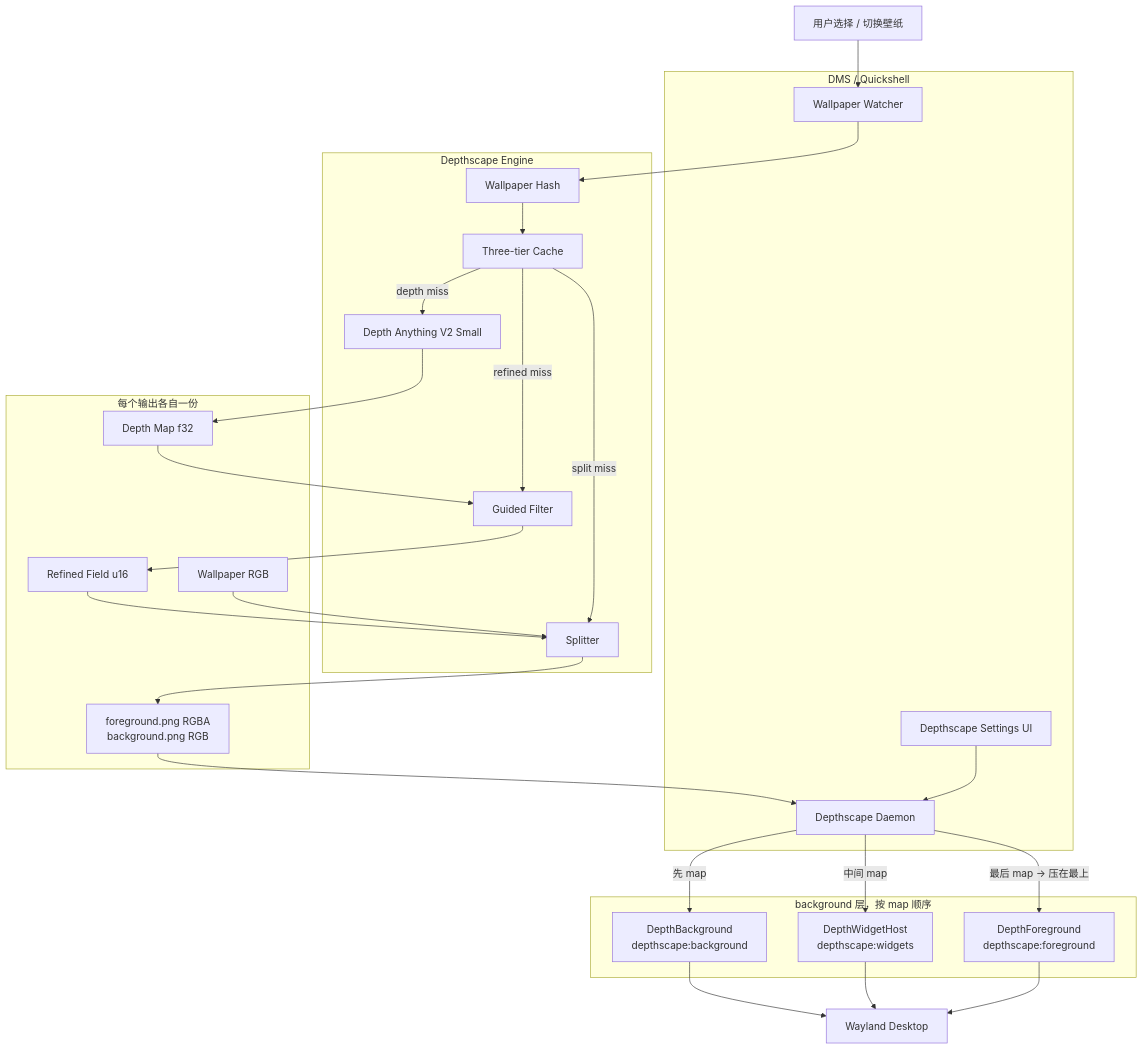
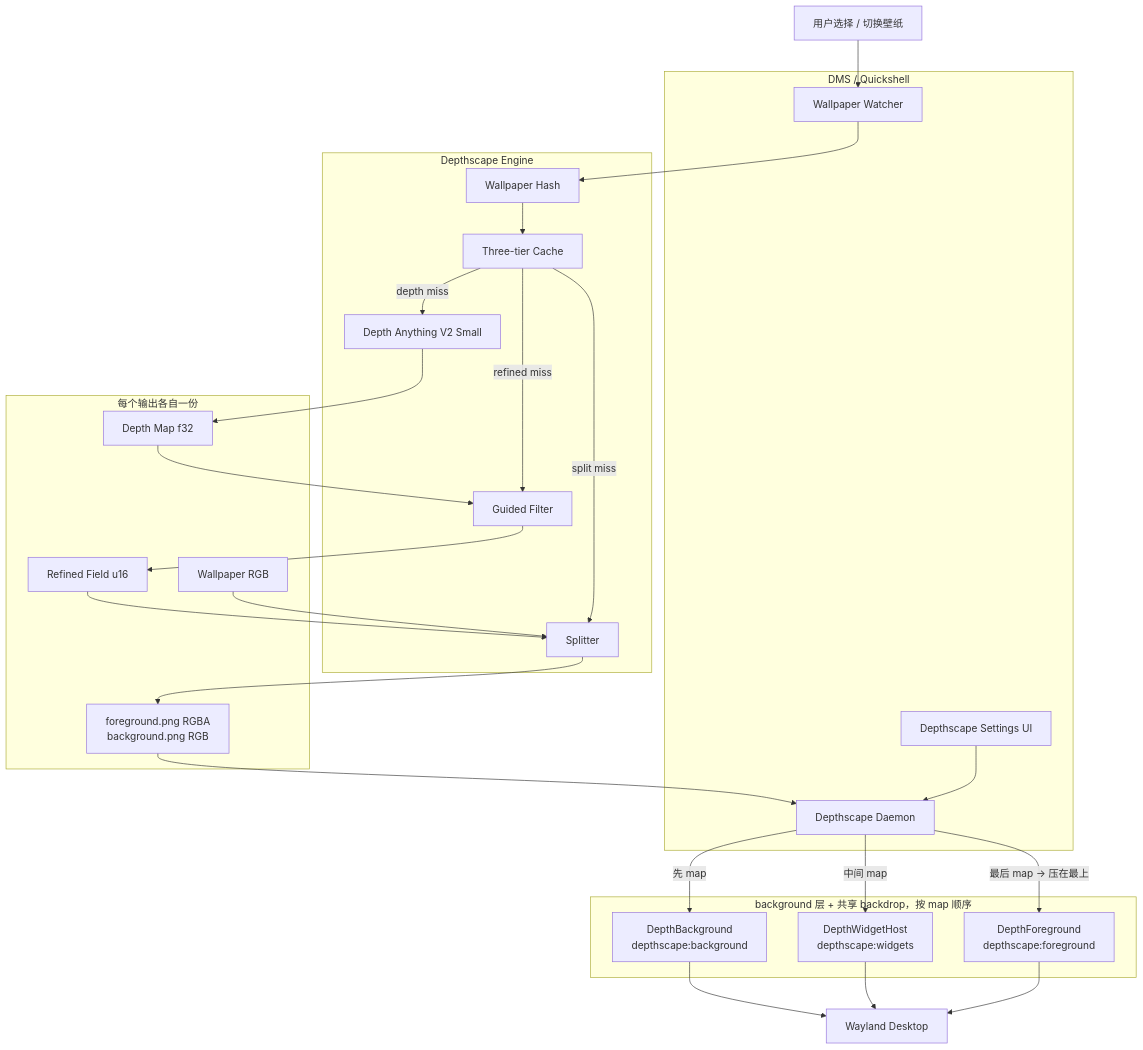
The diagram in docs/depthscape.md (Tz-slayer/depthscape), drawn with Mermaid before and after one commit. The commit also changed other lines of this file and 6 other files, not shown here.

````diff
--- a/docs/depthscape.md
+++ b/docs/depthscape.md
@@ -187,56 +187,56 @@
 ```mermaid
 flowchart TB
     USER[用户选择 / 切换壁纸]
 
     subgraph DMS[DMS / Quickshell]
         WATCHER[Wallpaper Watcher]
         UI[Depthscape Settings UI]
         DAEMON[Depthscape Daemon]
     end
 
     subgraph ENGINE[Depthscape Engine]
         HASH[Wallpaper Hash]
         CACHE[Three-tier Cache]
         DEPTH[Depth Anything V2 Small]
         REFINE[Guided Filter]
         SPLIT[Splitter]
     end
 
-    subgraph LAYERS[background 层，按 map 顺序]
+    subgraph LAYERS[background 层 + 共享 backdrop，按 map 顺序]
         BG[DepthBackground<br/>depthscape:background]
         WH[DepthWidgetHost<br/>depthscape:widgets]
         FG[DepthForeground<br/>depthscape:foreground]
     end
 
     subgraph ASSETS[每个输出各自一份]
         WPRGB[Wallpaper RGB]
         DEPTHMAP[Depth Map f32]
         REFINED[Refined Field u16]
         PAIR[foreground.png RGBA<br/>background.png RGB]
     end
 
     USER --> WATCHER
     WATCHER --> HASH
     HASH --> CACHE
 
     CACHE -->|depth miss| DEPTH
     CACHE -->|refined miss| REFINE
     CACHE -->|split miss| SPLIT
 
     DEPTH --> DEPTHMAP
     DEPTHMAP --> REFINE
     REFINE --> REFINED
     REFINED --> SPLIT
     WPRGB --> SPLIT
     SPLIT --> PAIR
 
     PAIR --> DAEMON
     UI --> DAEMON
     DAEMON -->|"先 map"| BG
     DAEMON -->|"中间 map"| WH
     DAEMON -->|"最后 map → 压在最上"| FG
 
     BG --> DISPLAY[Wayland Desktop]
     WH --> DISPLAY
     FG --> DISPLAY
 ```
````
